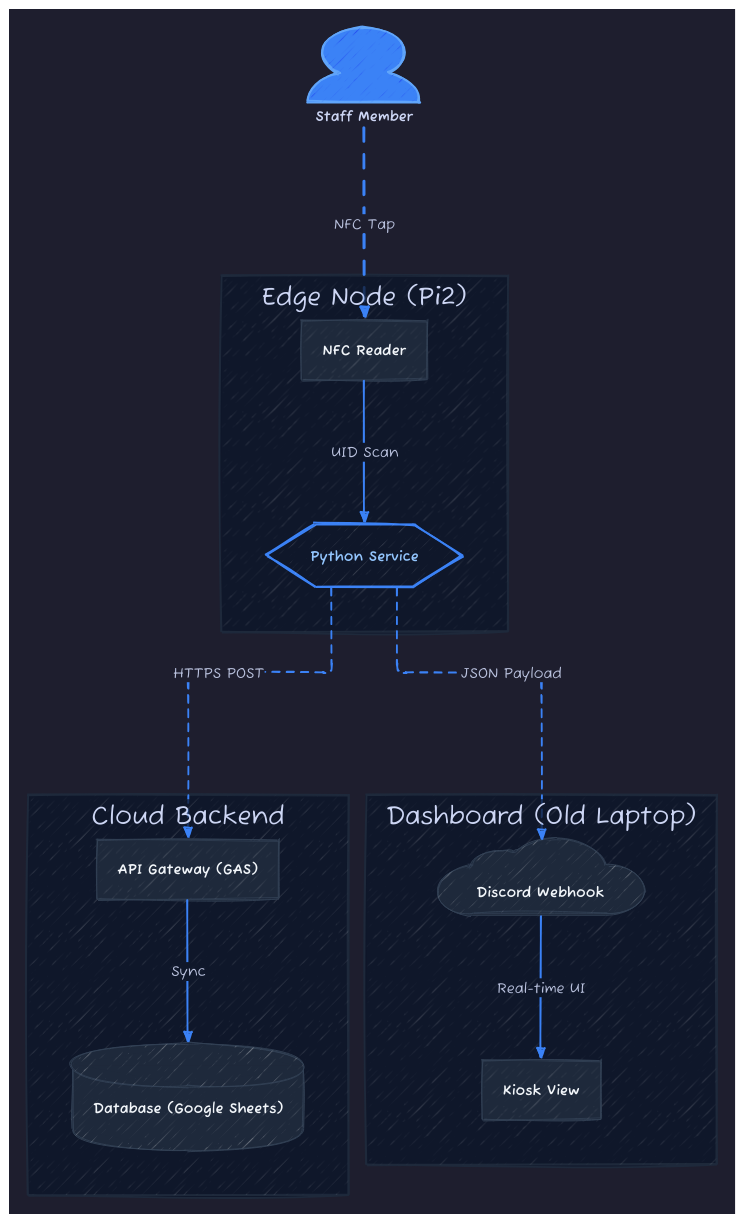
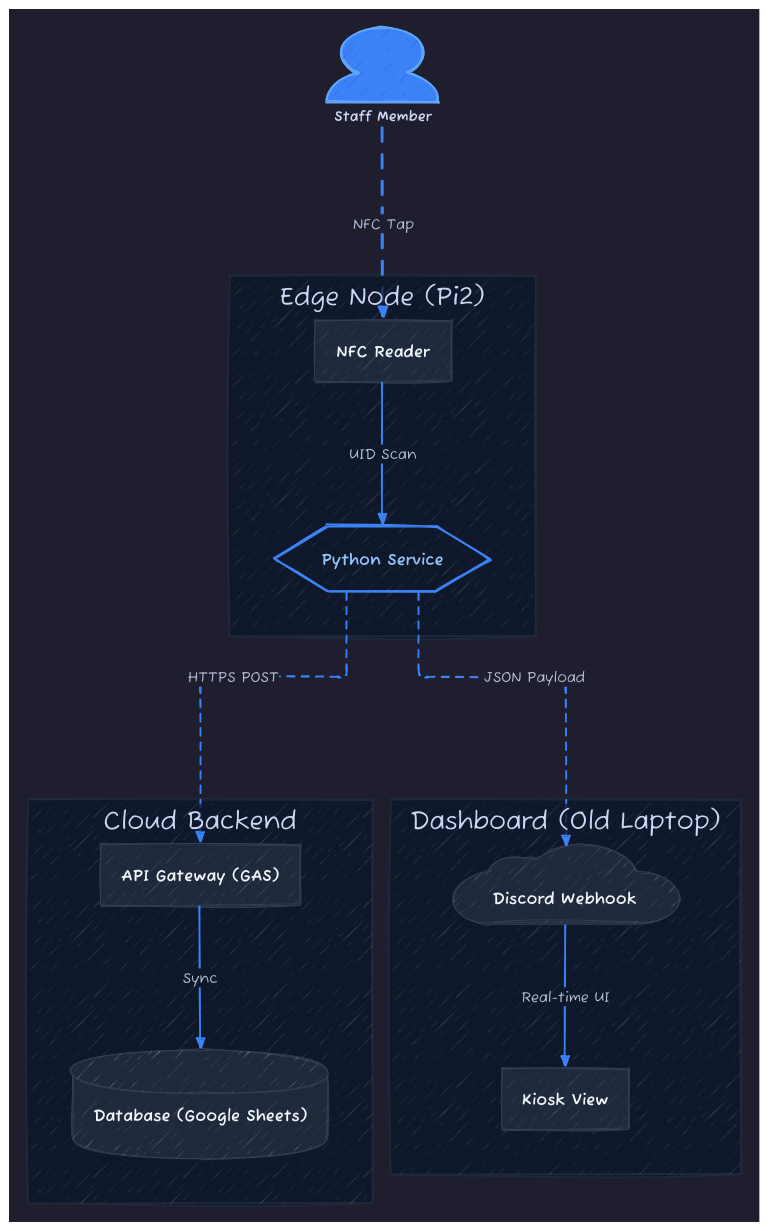
Before and after one commit to yktsnet/nfc-attendance-kit: the diagram in src/nfc-attendance-kit.d2, drawn with D2. The commit also changed 1 other file, not shown here.

```diff
--- a/src/nfc-attendance-kit.d2
+++ b/src/nfc-attendance-kit.d2
@@ -1,109 +1,112 @@
 vars: {
   d2-config: {
     layout-engine: elk
     theme-id: 200
     sketch: true
+    pad: 20
   }
   primary: "#3b82f6"
   primary-light: "#60a5fa"
   bg-dark: "#0f172a"
   bg-node: "#1e293b"
   border-node: "#334155"
   text-main: "#f1f5f9"
   text-accent: "#93c5fd"
 }
 
 classes: {
   box_node: {
     style: {
+      font-size: 18
       stroke-width: 1
       border-radius: 6
       fill: ${bg-node}
       stroke: ${border-node}
       font-color: ${text-main}
     }
   }
   accent_node: {
     style: {
+      font-size: 18
       stroke-width: 2
       border-radius: 6
       fill: ${bg-dark}
       stroke: ${primary}
       font-color: ${text-accent}
     }
   }
   container_box: {
     style: {
       fill: ${bg-dark}
       stroke: ${bg-node}
       stroke-dash: 0
       border-radius: 12
     }
   }
 }
 
 direction: down
 
 User: "Staff Member" {
   shape: person
   style: {
     fill: ${primary}
     stroke: ${primary-light}
   }
 }
 
 Edge: "Edge Node (Pi2)" {
   class: container_box
   Reader: "NFC Reader" { class: box_node }
   Logic: "Python Service" {
     class: accent_node
     shape: hexagon
   }
   Reader -> Logic: "UID Scan" { 
     style: { stroke: ${primary}; stroke-width: 2 } 
   }
 }
 
 Cloud: "Cloud Backend" {
   class: container_box
   GAS: "API Gateway (GAS)" { class: box_node }
   Sheets: "Database (Google Sheets)" { 
     shape: cylinder
     class: box_node 
   }
   GAS -> Sheets: "Sync" { style: { stroke: ${primary} } }
 }
 
 Kiosk: "Dashboard (Old Laptop)" {
   class: container_box
   Webhook: "Discord Webhook" { 
     class: box_node
     shape: cloud 
   }
   Display: "Kiosk View" { class: box_node }
   Webhook -> Display: "Real-time UI" { style: { stroke: ${primary} } }
 }
 
 User -> Edge.Reader: "NFC Tap" {
   style: { 
     stroke: ${primary}
     stroke-width: 3
     animated: true 
   }
 }
 
 Edge.Logic -> Cloud.GAS: "HTTPS POST" {
   style: { 
     stroke: ${primary}
     stroke-dash: 4
     animated: true 
   }
 }
 
 Edge.Logic -> Kiosk.Webhook: "JSON Payload" {
   style: { 
     stroke: ${primary}
     stroke-dash: 4
     animated: true 
   }
 }
```
